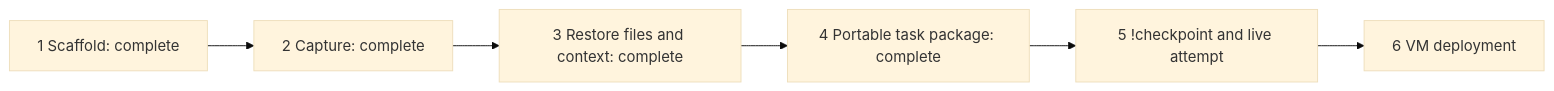
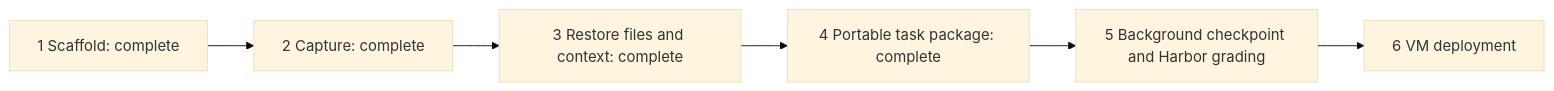
The third of 4 diagrams in design.md (jpbarona/rl-environment-harness), drawn with Mermaid (base theme) before and after one commit. The commit also changed other lines of this file and 24 other files, not shown here.

First line of the commit message:
Step 5: background checkpoint command with Harbor task generation, validation, scoring, and atomic publication (#4)

````diff
--- a/design.md
+++ b/design.md
@@ -53,8 +53,8 @@
 ```mermaid
 flowchart LR
     A[1 Scaffold: complete] --> B[2 Capture: complete]
     B --> C[3 Restore files and context: complete]
     C --> D[4 Portable task package: complete]
-    D --> E[5 !checkpoint and live attempt]
+    D --> E[5 Background checkpoint and Harbor grading]
     E --> F[6 VM deployment]
 ```
````
